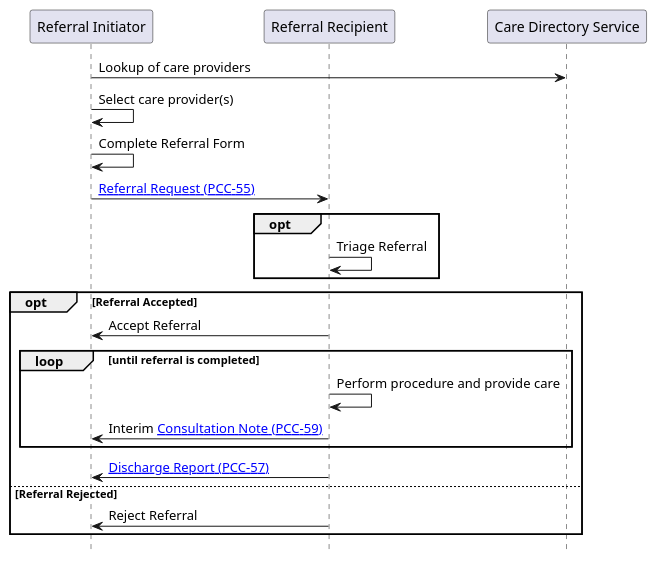
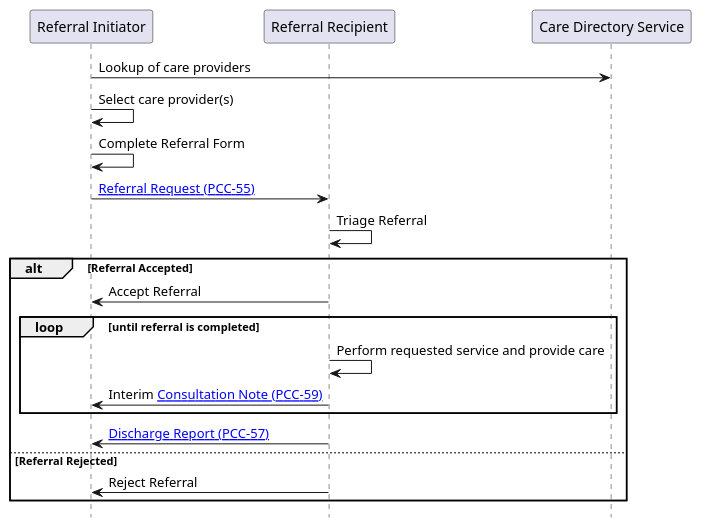
One commit to Virtually-Healthcare/virtually-healthcare.github.com changed the diagram in input/images-source/eReferral-sequence.plantuml. Above: the diagram before and after it, drawn with PlantUML. The commit also changed 3 other files, not shown here.

```diff
--- a/input/images-source/eReferral-sequence.plantuml
+++ b/input/images-source/eReferral-sequence.plantuml
@@ -1,27 +1,25 @@
 @startuml
 
 hide footbox
 
 participant "Referral Initiator" as placer
 participant "Referral Recipient" as filler
 participant "Care Directory Service" as mMCSD
 
 placer -> mMCSD: Lookup of care providers
 placer -> placer: Select care provider(s)
 placer -> placer : Complete Referral Form
 placer -> filler : [[I12.html Referral Request (PCC-55)]]
-opt
-  filler -> filler: Triage Referral
-end
-opt Referral Accepted
+filler -> filler: Triage Referral
+alt Referral Accepted
   filler -> placer: Accept Referral
   loop until referral is completed
-    filler -> filler: Perform procedure and provide care
+    filler -> filler: Perform requested service and provide care
     filler -> placer: Interim [[A04.html Consultation Note (PCC-59)]]
   end
   filler -> placer : [[A03.html Discharge Report (PCC-57)]]
 else Referral Rejected
   filler -> placer: Reject Referral
 end
 
 @enduml
```
